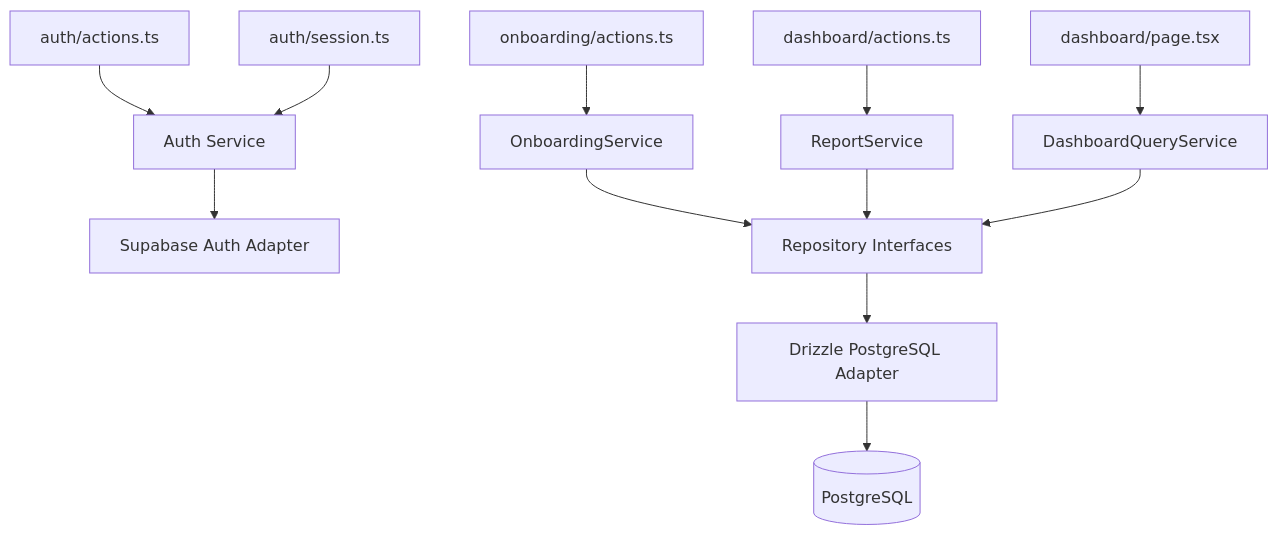
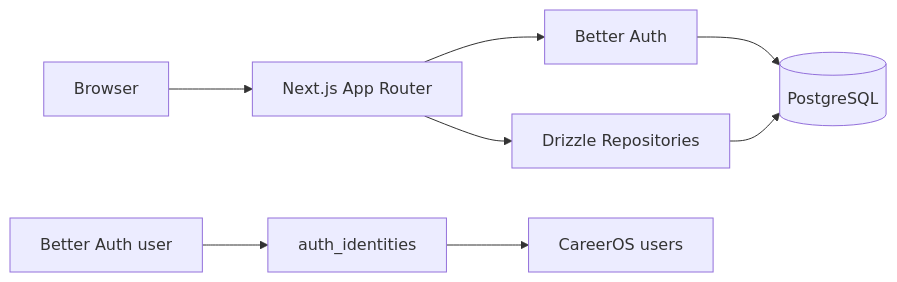
One commit to Mirzzie/Fadi changed the diagram in docs/SUPABASE_DECOUPLING_PLAN.md. Above: the diagram before and after it, drawn with Mermaid. The commit also changed other lines of this file and 65 other files, not shown here.

First line of the commit message:
docs: update architecture docs for Better Auth, Kai, and data sources

````diff
--- a/docs/SUPABASE_DECOUPLING_PLAN.md
+++ b/docs/SUPABASE_DECOUPLING_PLAN.md
@@ -79,16 +17,10 @@
 ```mermaid
-flowchart TD
-    AuthActions[auth/actions.ts] --> AuthService[Auth Service]
-    Session[auth/session.ts] --> AuthService
-    OnboardingAction[onboarding/actions.ts] --> OnboardingService
-    DashboardAction[dashboard/actions.ts] --> ReportService
-    DashboardPage[dashboard/page.tsx] --> DashboardQueryService
-
-    AuthService --> AuthAdapter[Supabase Auth Adapter]
-    OnboardingService --> Repositories[Repository Interfaces]
-    ReportService --> Repositories
-    DashboardQueryService --> Repositories
-
-    Repositories --> DrizzleAdapter[Drizzle PostgreSQL Adapter]
-    DrizzleAdapter --> Postgres[(PostgreSQL)]
+flowchart LR
+  Browser[Browser] --> Web[Next.js App Router]
+  Web --> BetterAuth[Better Auth]
+  BetterAuth --> PG[(PostgreSQL)]
+  Web --> Repos[Drizzle Repositories]
+  Repos --> PG
+  BetterAuthUser[Better Auth user] --> Identity[auth_identities]
+  Identity --> AppUser[CareerOS users]
 ```
````
